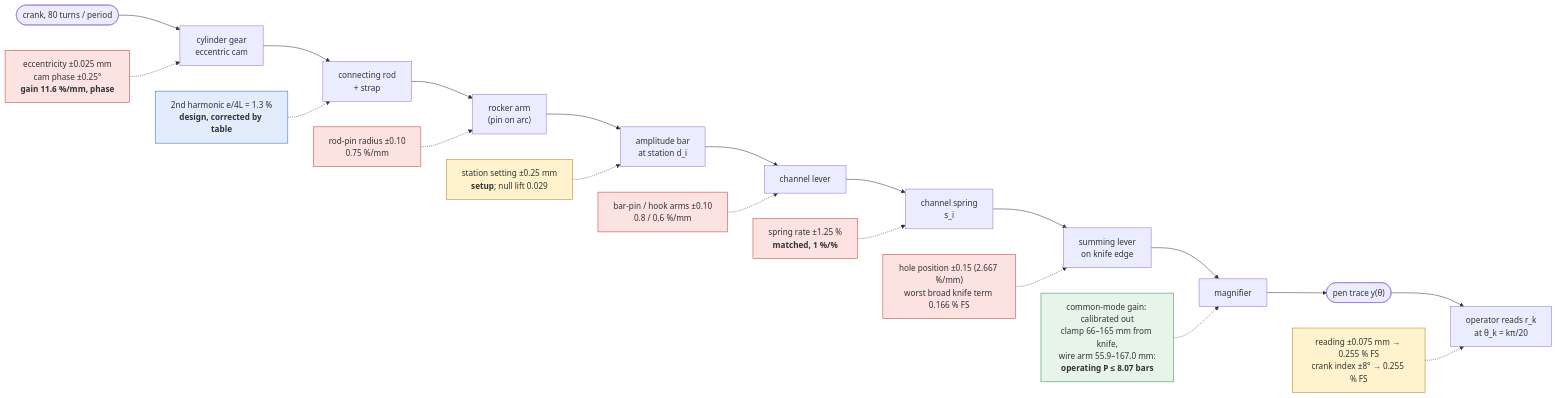
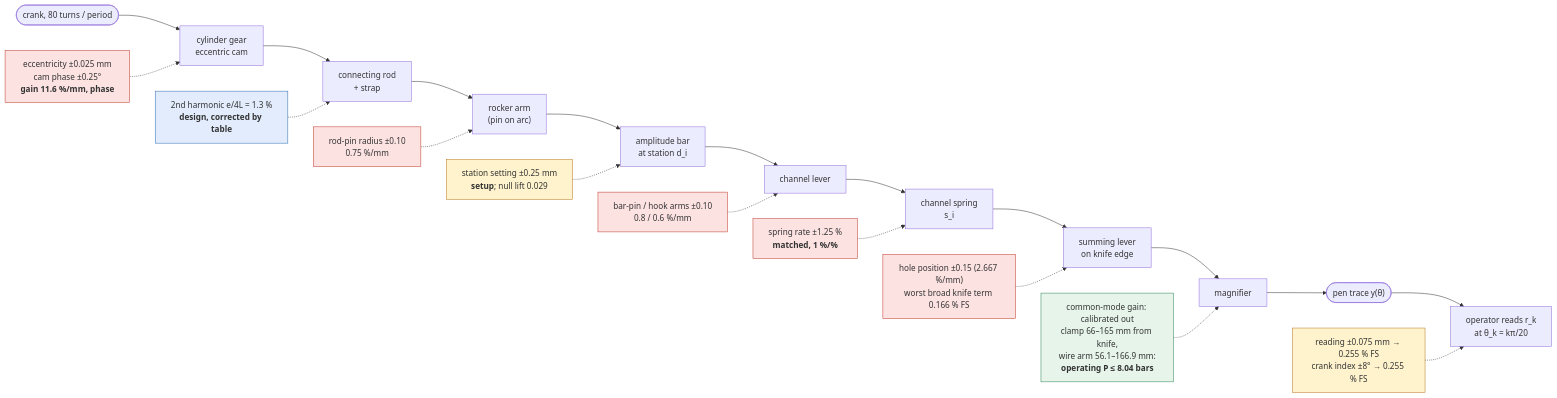
Before and after one commit to pedropaulovc/harmonic-analyzer: the first of 4 diagrams in cad/docs/tolerance-policy.md, drawn with Mermaid. The commit also changed other lines of this file and 14 other files, not shown here.

````diff
--- a/cad/docs/tolerance-policy.md
+++ b/cad/docs/tolerance-policy.md
@@ -135,27 +135,27 @@
 ```mermaid
 flowchart LR
     crank([crank, 80 turns / period]) --> cam
     cam["cylinder gear<br/>eccentric cam"] --> rod["connecting rod<br/>+ strap"]
     rod --> rocker["rocker arm<br/>(pin on arc)"]
     rocker --> bar["amplitude bar<br/>at station d_i"]
     bar --> lever["channel lever"]
     lever --> spring["channel spring<br/>s_i"]
     spring --> summing["summing lever<br/>on knife edge"]
     summing --> mag["magnifier"] --> pen(["pen trace y(θ)"])
     pen --> op["operator reads r_k<br/>at θ_k = kπ/20"]
 
     e1["eccentricity ±0.025 mm<br/>cam phase ±0.25°<br/><b>gain 11.6 %/mm, phase</b>"]:::part -.-> cam
     e2["2nd harmonic e/4L = 1.3 %<br/><b>design, corrected by table</b>"]:::design -.-> rod
     e3["rod-pin radius ±0.10<br/>0.75 %/mm"]:::part -.-> rocker
     e4["station setting ±0.25 mm<br/><b>setup</b>; null lift 0.029"]:::setup -.-> bar
     e5["bar-pin / hook arms ±0.10<br/>0.8 / 0.6 %/mm"]:::part -.-> lever
     e6["spring rate ±1.25 %<br/><b>matched, 1 %/%</b>"]:::part -.-> spring
     e7["hole position ±0.15 (2.667 %/mm)<br/>worst broad knife term 0.166 % FS"]:::part -.-> summing
-    e8["common-mode gain: calibrated out<br/>clamp 66–165 mm from knife,<br/>wire arm 55.9–167.0 mm:<br/><b>operating P ≤ 8.07 bars</b>"]:::free -.-> mag
+    e8["common-mode gain: calibrated out<br/>clamp 66–165 mm from knife,<br/>wire arm 56.1–166.9 mm:<br/><b>operating P ≤ 8.04 bars</b>"]:::free -.-> mag
     e9["reading ±0.075 mm → 0.255 % FS<br/>crank index ±8° → 0.255 % FS"]:::setup -.-> op
 
     classDef part fill:#fde2e2,stroke:#c0392b
     classDef setup fill:#fff3cd,stroke:#b7791f
     classDef design fill:#e2ecfd,stroke:#2b6cb0
     classDef free fill:#e6f4ea,stroke:#2f855a
 ```
````
